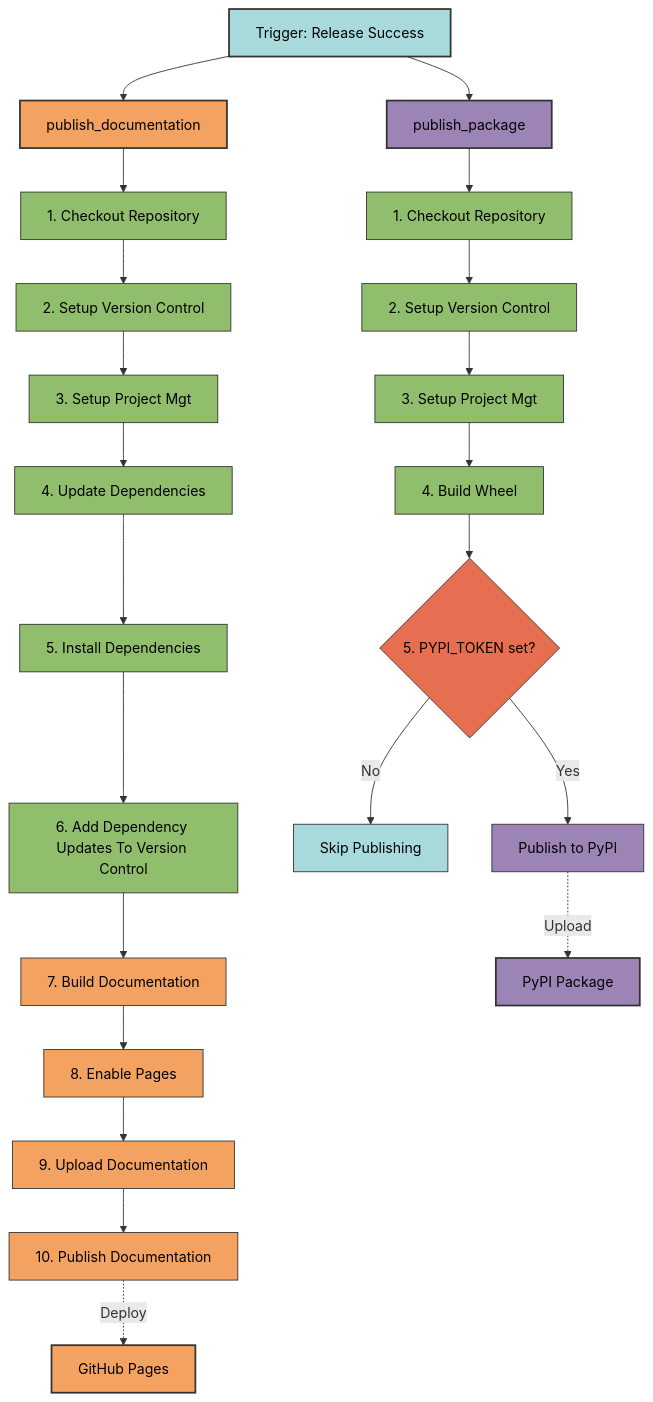
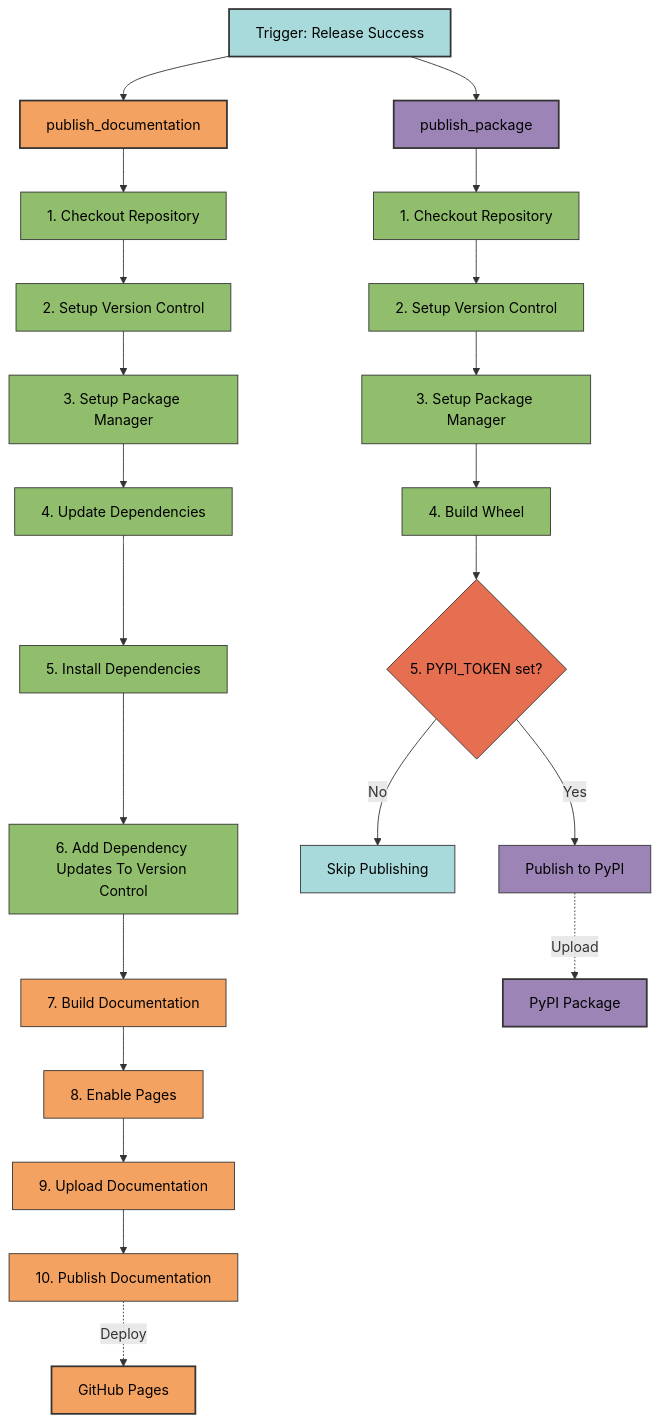
Before and after one commit to Winipedia/pyrig: the diagram in docs/configs/workflows/publish.md, drawn with Mermaid. The commit also changed other lines of this file and 3 other files, not shown here.

````diff
--- a/docs/configs/workflows/publish.md
+++ b/docs/configs/workflows/publish.md
@@ -33,50 +33,50 @@
 ```mermaid
 graph TD
     A[Trigger: Release Success] --> B[publish_package]
     A --> C[publish_documentation]
 
     B --> B1[1. Checkout Repository]
     B1 --> B2[2. Setup Version Control]
-    B2 --> B3[3. Setup Project Mgt]
+    B2 --> B3[3. Setup Package Manager]
     B3 --> B4[4. Build Wheel]
     B4 --> B5{5. PYPI_TOKEN set?}
     B5 -->|Yes| B6[Publish to PyPI]
     B5 -->|No| B7[Skip Publishing]
 
     C --> C1[1. Checkout Repository]
     C1 --> C2[2. Setup Version Control]
-    C2 --> C3[3. Setup Project Mgt]
+    C2 --> C3[3. Setup Package Manager]
     C3 --> C4[4. Update Dependencies]
     C4 --> C5[5. Install Dependencies]
     C5 --> C6[6. Add Dependency Updates To Version Control]
     C6 --> C7[7. Build Documentation]
     C7 --> C8[8. Enable Pages]
     C8 --> C9[9. Upload Documentation]
     C9 --> C10[10. Publish Documentation]
 
 	    B6 -.->|Upload| P1[PyPI Package]
 	    C10 -.->|Deploy| P2[GitHub Pages]
 
     style A fill:#a8dadc,stroke:#333,stroke-width:2px,color:#000
     style B fill:#9d84b7,stroke:#333,stroke-width:2px,color:#000
     style C fill:#f4a261,stroke:#333,stroke-width:2px,color:#000
     style B1 fill:#90be6d,stroke:#333,stroke-width:1px,color:#000
     style B2 fill:#90be6d,stroke:#333,stroke-width:1px,color:#000
     style B3 fill:#90be6d,stroke:#333,stroke-width:1px,color:#000
     style B4 fill:#90be6d,stroke:#333,stroke-width:1px,color:#000
     style B5 fill:#e76f51,stroke:#333,stroke-width:1px,color:#000
     style B6 fill:#9d84b7,stroke:#333,stroke-width:1px,color:#000
     style B7 fill:#a8dadc,stroke:#333,stroke-width:1px,color:#000
     style C1 fill:#90be6d,stroke:#333,stroke-width:1px,color:#000
     style C2 fill:#90be6d,stroke:#333,stroke-width:1px,color:#000
 	    style C3 fill:#90be6d,stroke:#333,stroke-width:1px,color:#000
 	    style C4 fill:#90be6d,stroke:#333,stroke-width:1px,color:#000
 	    style C5 fill:#90be6d,stroke:#333,stroke-width:1px,color:#000
 	    style C6 fill:#90be6d,stroke:#333,stroke-width:1px,color:#000
 	    style C7 fill:#f4a261,stroke:#333,stroke-width:1px,color:#000
 	    style C8 fill:#f4a261,stroke:#333,stroke-width:1px,color:#000
 	    style C9 fill:#f4a261,stroke:#333,stroke-width:1px,color:#000
 	    style C10 fill:#f4a261,stroke:#333,stroke-width:1px,color:#000
     style P1 fill:#9d84b7,stroke:#333,stroke-width:2px,color:#000
     style P2 fill:#f4a261,stroke:#333,stroke-width:2px,color:#000
 ```
````
